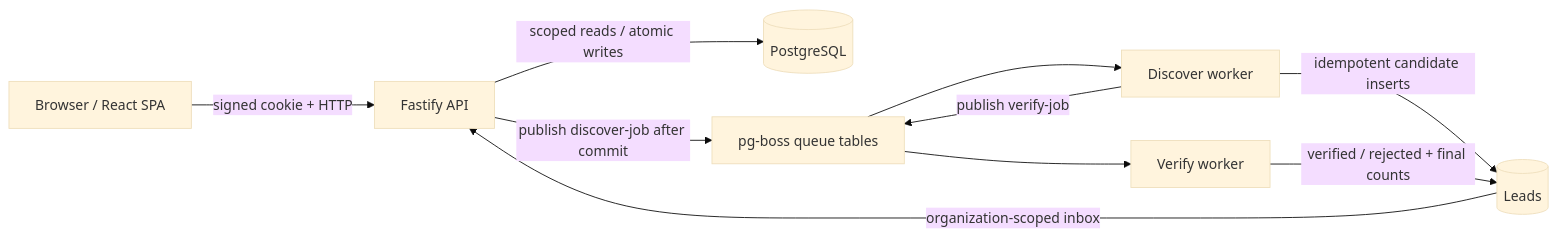
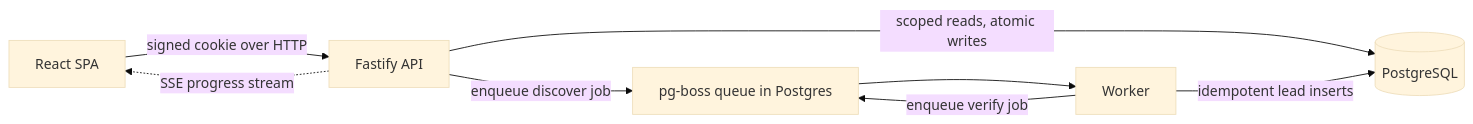
Before and after one commit to officialsami007/lead-discovery-pipeline: the diagram in README.md, drawn with Mermaid (base theme). The commit also changed other lines of this file and 9 other files, not shown here.

````diff
--- a/README.md
+++ b/README.md
@@ -128,12 +57,10 @@
 ```mermaid
 flowchart LR
-  B[Browser / React SPA] -->|signed cookie + HTTP| A[Fastify API]
-  A -->|scoped reads / atomic writes| P[(PostgreSQL)]
-  A -->|publish discover-job after commit| Q[pg-boss queue tables]
-  Q --> D[Discover worker]
-  D -->|idempotent candidate inserts| L[(Leads)]
-  D -->|publish verify-job| Q
-  Q --> V[Verify worker]
-  V -->|verified / rejected + final counts| L
-  L -->|organization-scoped inbox| A
+  UI[React SPA] -->|signed cookie over HTTP| API[Fastify API]
+  API -->|scoped reads, atomic writes| DB[(PostgreSQL)]
+  API -->|enqueue discover job| Q[pg-boss queue in Postgres]
+  Q --> W[Worker]
+  W -->|idempotent lead inserts| DB
+  W -->|enqueue verify job| Q
+  API -.->|SSE progress stream| UI
 ```
````
